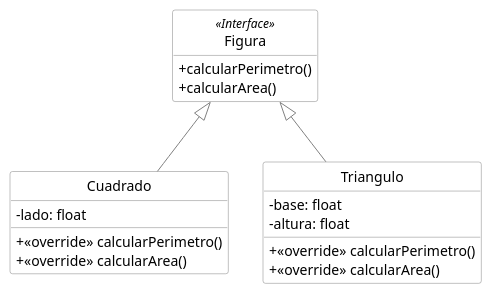
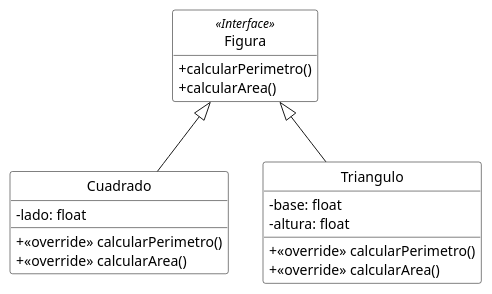
The diagram in clases.iuml (lobogral/plantumlClassic), drawn with PlantUML before and after one commit.

```diff
--- a/clases.iuml
+++ b/clases.iuml
@@ -1,33 +1,31 @@
 @startuml
 skinparam monochrome true
 skinparam shadowing false
-skinparam backgroundColor transparent
-skinparam arrowColor Gray
 skinparam classBackgroundColor White
-skinparam classBorderColor Gray
+skinparam classBorderColor Black
 skinparam classAttributeIconSize 0
 
 Figura <|-- Cuadrado
 Figura <|-- Triangulo
 
 class Figura <<Interface>> {
  +calcularPerimetro()
  +calcularArea()
 }
 
 class Cuadrado {
  -lado: float
  + <<override>> calcularPerimetro()
  + <<override>> calcularArea()
 }
 
 class Triangulo {
  -base: float
  -altura: float
  + <<override>> calcularPerimetro()
  + <<override>> calcularArea()
 }
 
 hide circle
 hide <<Interface>> fields
 @enduml
```
